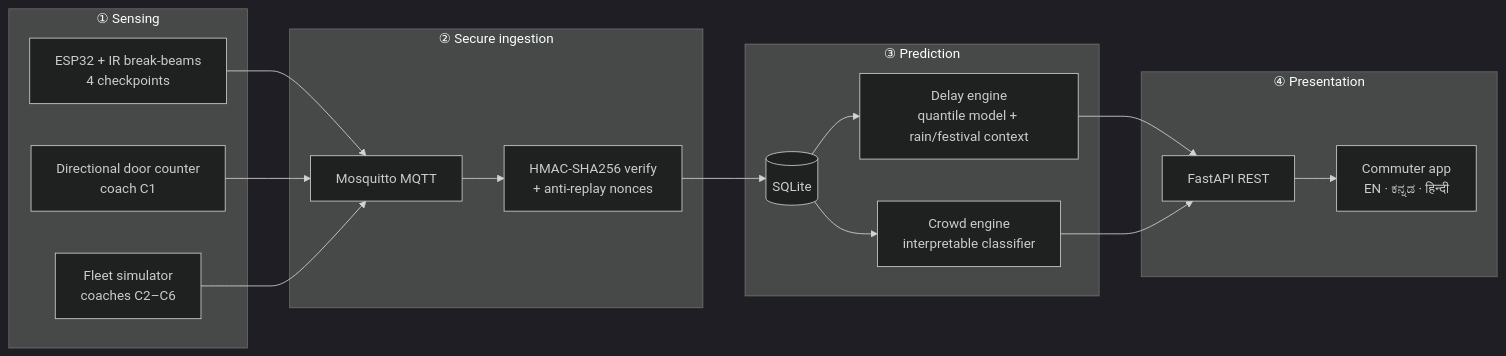
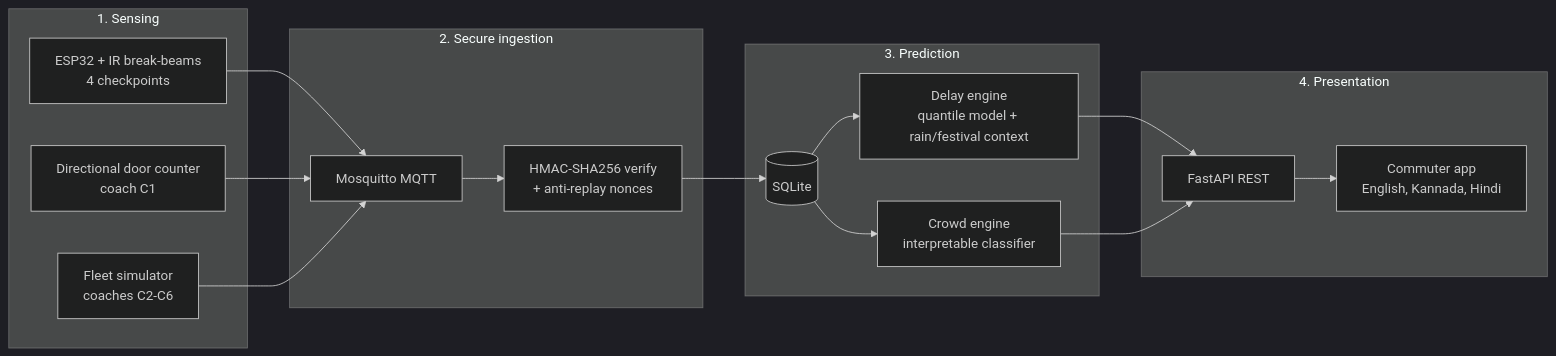
One commit to Stanvi09/NammaPrayana changed the diagram in README.md. Above: the diagram before and after it, drawn with Mermaid (dark theme).

Commit message:
Simplify architecture diagram so GitHub renders it

````diff
--- a/README.md
+++ b/README.md
@@ -37,28 +37,28 @@
 ```mermaid
 flowchart LR
-    subgraph L1["① Sensing"]
+    subgraph L1["1. Sensing"]
       IR["ESP32 + IR break-beams<br/>4 checkpoints"]
       DOOR["Directional door counter<br/>coach C1"]
-      SIM["Fleet simulator<br/>coaches C2–C6"]
+      SIM["Fleet simulator<br/>coaches C2-C6"]
     end
-    subgraph L2["② Secure ingestion"]
+    subgraph L2["2. Secure ingestion"]
       MQ["Mosquitto MQTT"]
       SEC["HMAC-SHA256 verify<br/>+ anti-replay nonces"]
     end
-    subgraph L3["③ Prediction"]
+    subgraph L3["3. Prediction"]
       DB[("SQLite")]
       DLY["Delay engine<br/>quantile model + rain/festival context"]
       CRW["Crowd engine<br/>interpretable classifier"]
     end
-    subgraph L4["④ Presentation"]
+    subgraph L4["4. Presentation"]
       API["FastAPI REST"]
-      APP["Commuter app<br/>EN · ಕನ್ನಡ · हिन्दी"]
+      APP["Commuter app<br/>English, Kannada, Hindi"]
     end
     IR --> MQ
     DOOR --> MQ
     SIM --> MQ
     MQ --> SEC --> DB
     DB --> DLY --> API
     DB --> CRW --> API
     API --> APP
 ```
````
